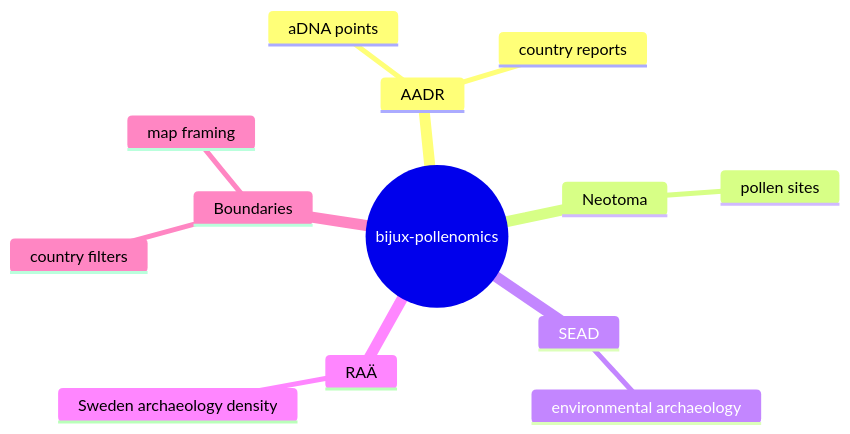
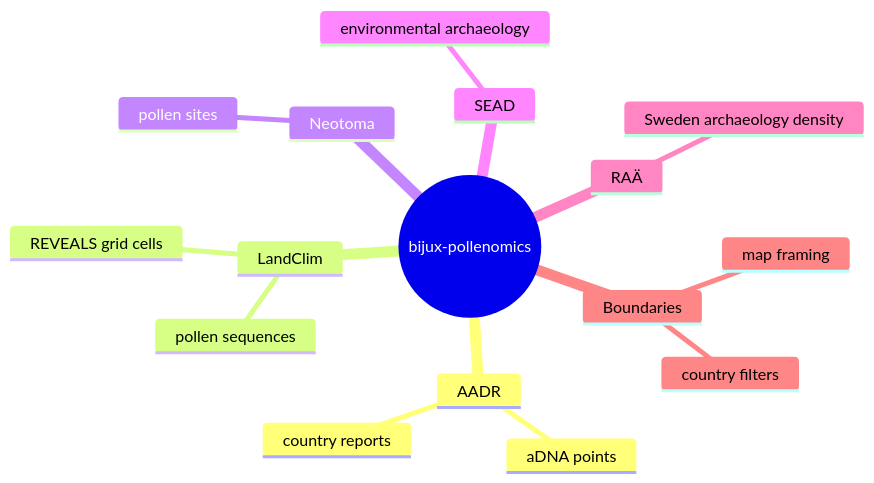
Before and after one commit to bijux/bijux-pollenomics: the diagram in docs/foundation/product-overview.md, drawn with Mermaid. The commit also changed other lines of this file and 3 other files, not shown here.

Commit message:
docs(foundation): restore LandClim to the core product scope

````diff
--- a/docs/foundation/product-overview.md
+++ b/docs/foundation/product-overview.md
@@ -22,16 +23,19 @@
 ```mermaid
 mindmap
   root((bijux-pollenomics))
     AADR
       aDNA points
       country reports
+    LandClim
+      pollen sequences
+      REVEALS grid cells
     Neotoma
       pollen sites
     SEAD
       environmental archaeology
     RAÄ
       Sweden archaeology density
     Boundaries
       country filters
       map framing
 ```
````
